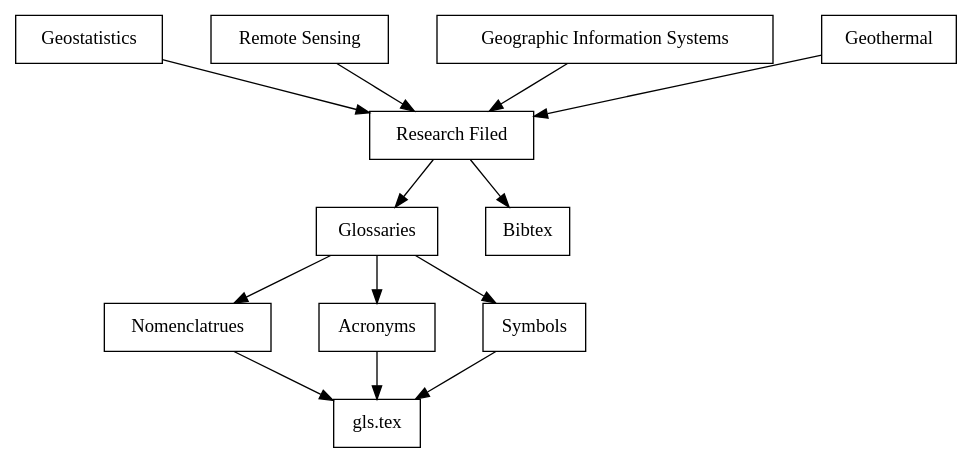
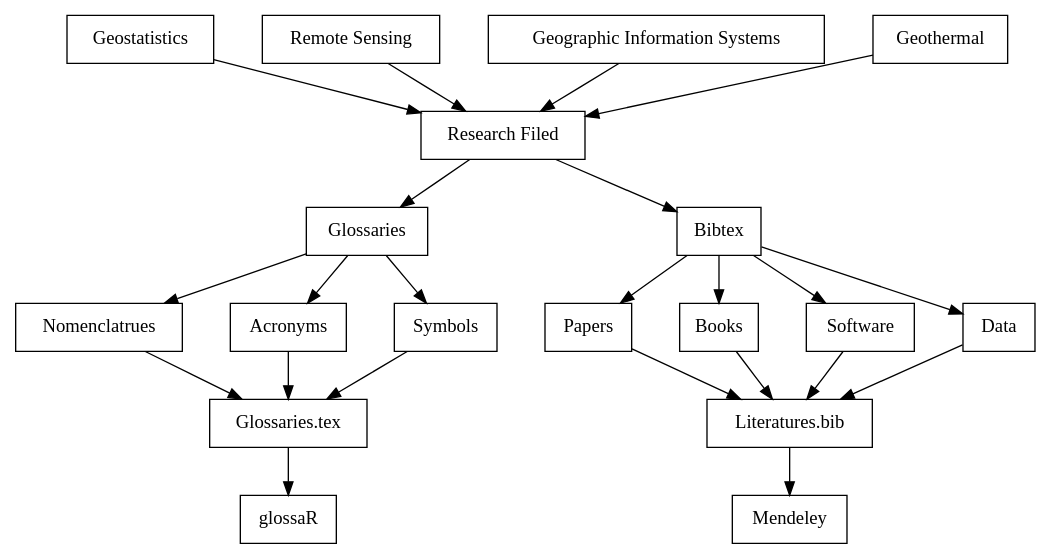
One commit to bwtian/glossaR changed the diagram in note/glossaR.org. Above: the diagram before and after it, drawn with Graphviz. The commit also changed other lines of this file and 3 other files, not shown here.

Commit message:
+ ‘R/getGls.R’ + ‘note/geothermalGls.txt’ / ‘note/glossaR.org’ / ‘note/glossarWorkflow.png’

```diff
--- a/note/glossaR.org
+++ b/note/glossaR.org
@@ -4,27 +5,29 @@
 #+BEGIN_SRC dot :file glossarWorkflow.png  
   digraph { 
           fontname="Times"; 
           fontsize = 12; 
           splines = false; 
           ranksep = 0.5; 
           nodesep = 0.5; 
           node [shape = box] 
           //1. set node 
           gs [label = "Geostatistics"]
           rs [label = "Remote Sensing"]
           gis [label = "Geographic Information Systems"]
           gt [label = "Geothermal"]
           study [label = "Research Filed"]
           gls [label = "Glossaries"]
           nomencl[label = "Nomenclatrues"]
           acro [label = "Acronyms"]
           symbol [label = "Symbols"]
           bib [label = "Bibtex"]
+          glsfile[label = "Glossaries.tex"]
+          bibfile[label = "Literatures.bib"]
           //2. set path 
           {gs, gis, rs, gt} -> study -> {gls, bib}
-          gls -> {nomencl, acro, symbol} -> "gls.tex"
-          
+          gls -> {nomencl, acro, symbol} -> glsfile -> "glossaR"
+          bib -> {"Papers", "Books", "Software", "Data"} -> bibfile -> "Mendeley"
           //3. set rank 
           {rank = same; gs, gis, rs, gt} 
   }
 #+END_SRC
```
